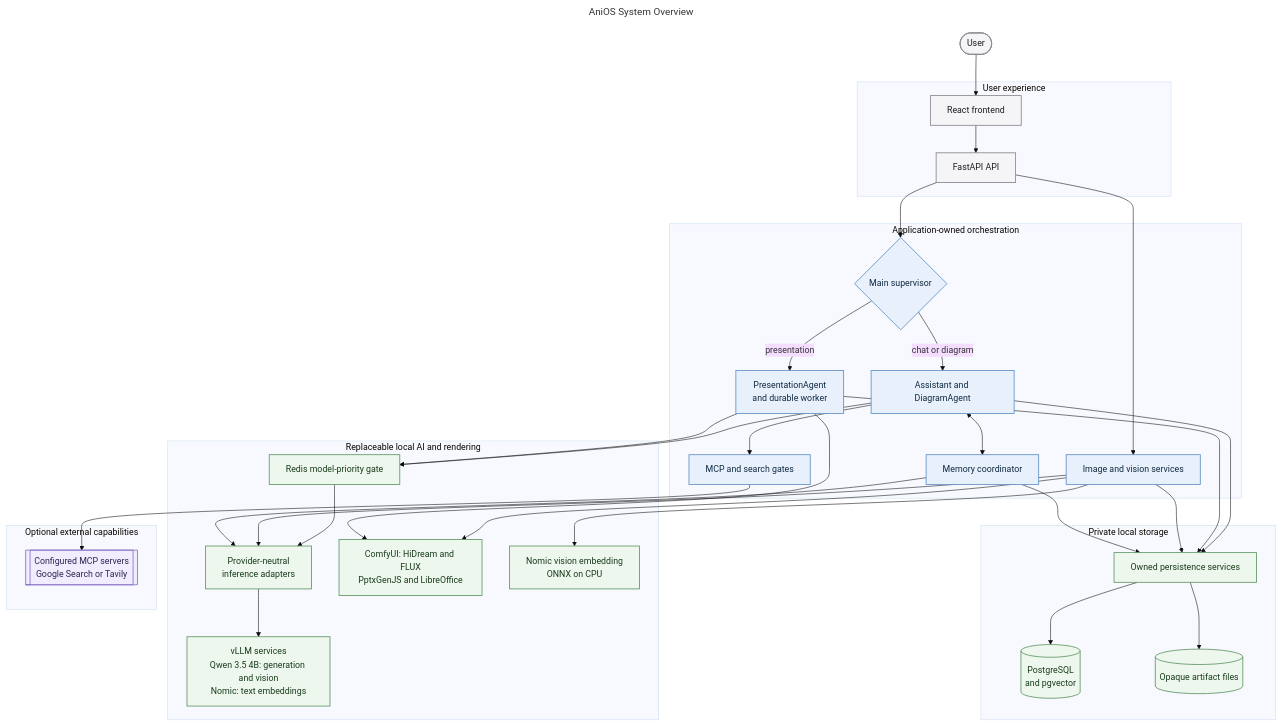
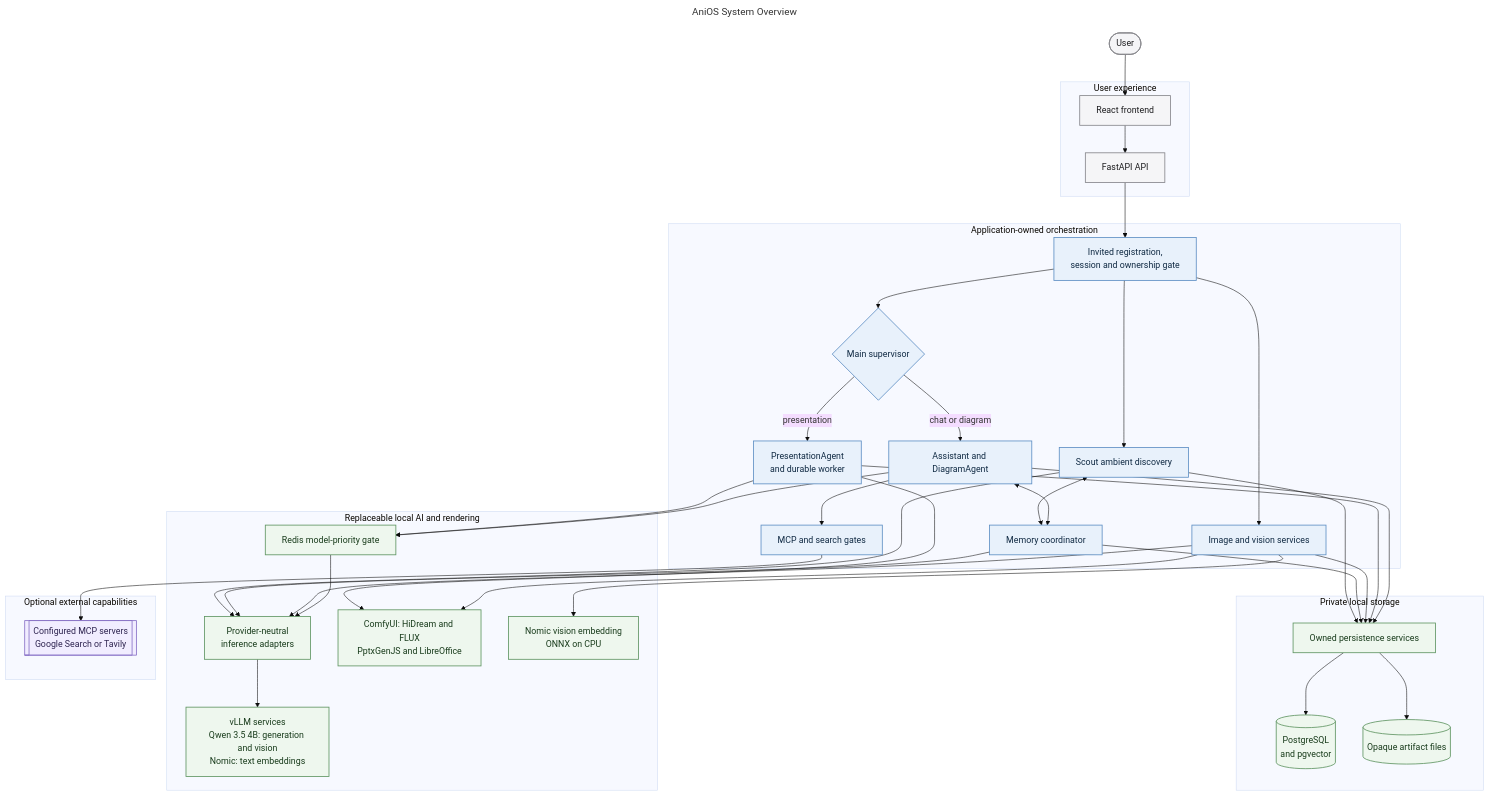
Before and after one commit to MallyaAni/PersonalAssistant: the diagram in docs/diagrams/anios-system.mmd, drawn with Mermaid (base theme). The commit also changed 90 other files, not shown here.

First line of the commit message:
feat: invited identity with revocable sessions, and one truth for the profile

```diff
--- a/docs/diagrams/anios-system.mmd
+++ b/docs/diagrams/anios-system.mmd
@@ -1,73 +1,79 @@
 ---
 title: AniOS System Overview
 ---
 flowchart TB
     User([User])
 
     subgraph Experience[User experience]
         Frontend[React frontend]
         API[FastAPI API]
         Frontend --> API
     end
 
     subgraph Orchestration[Application-owned orchestration]
+        Identity[Invited registration,<br/>session and ownership gate]
         Supervisor{Main supervisor}
         Conversation[Assistant and DiagramAgent]
         Presentation[PresentationAgent<br/>and durable worker]
         Memory[Memory coordinator]
+        Discovery[Scout ambient discovery]
         Visual[Image and vision services]
         Tools[MCP and search gates]
     end
 
     subgraph LocalAI[Replaceable local AI and rendering]
         ModelGate[Redis model-priority gate]
         Inference[Provider-neutral<br/>inference adapters]
         VLLM[vLLM services<br/>Qwen 3.5 4B: generation and vision<br/>Nomic: text embeddings]
         Media[ComfyUI: HiDream and FLUX<br/>PptxGenJS and LibreOffice]
         VisionEmbed[Nomic vision embedding<br/>ONNX on CPU]
     end
 
     subgraph Storage[Private local storage]
         Repositories[Owned persistence services]
         Database[(PostgreSQL<br/>and pgvector)]
         Files[(Opaque artifact files)]
         Repositories --> Database
         Repositories --> Files
     end
 
     subgraph External[Optional external capabilities]
         Integrations[[Configured MCP servers<br/>Google Search or Tavily]]
     end
 
     User --> Frontend
-    API --> Supervisor
+    API --> Identity --> Supervisor
     Supervisor -->|chat or diagram| Conversation
     Supervisor -->|presentation| Presentation
-    API --> Visual
+    Identity --> Visual
+    Identity --> Discovery
     Conversation <--> Memory
+    Discovery <--> Memory
 
     Conversation --> Tools --> Integrations
 
     Conversation --> ModelGate
     Presentation --> ModelGate
     ModelGate --> Inference
     Visual --> Inference
     Memory --> Inference
+    Discovery --> Inference
     Inference --> VLLM
     Visual --> Media
     Visual --> VisionEmbed
     Presentation --> Media
 
     Conversation --> Repositories
     Presentation --> Repositories
     Visual --> Repositories
     Memory --> Repositories
+    Discovery --> Repositories
 
     classDef interface fill:#f5f5f7,stroke:#86868b,color:#1d1d1f,stroke-width:1.5px;
     classDef application fill:#e8f1fb,stroke:#5e8fc4,color:#102a43,stroke-width:1.5px;
     classDef infrastructure fill:#eef7ee,stroke:#5f9562,color:#183b1b,stroke-width:1.5px;
     classDef external fill:#f1edff,stroke:#8872c6,color:#2e2450,stroke-width:1.5px;
     class User,Frontend,API interface;
-    class Supervisor,Conversation,Presentation,Memory,Visual,Tools application;
+    class Identity,Supervisor,Conversation,Presentation,Memory,Discovery,Visual,Tools application;
     class ModelGate,Inference,VLLM,Media,VisionEmbed,Repositories,Database,Files infrastructure;
     class Integrations external;
```
